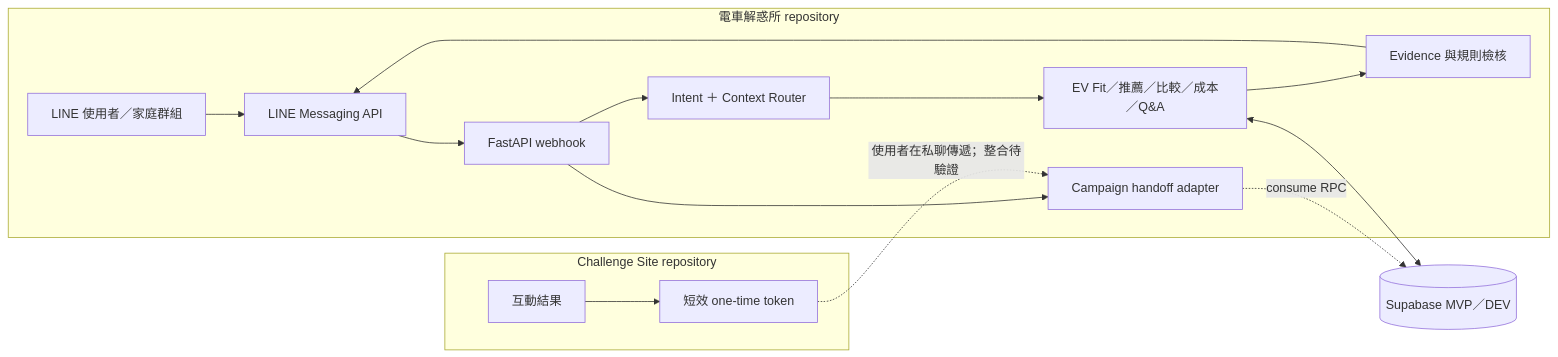
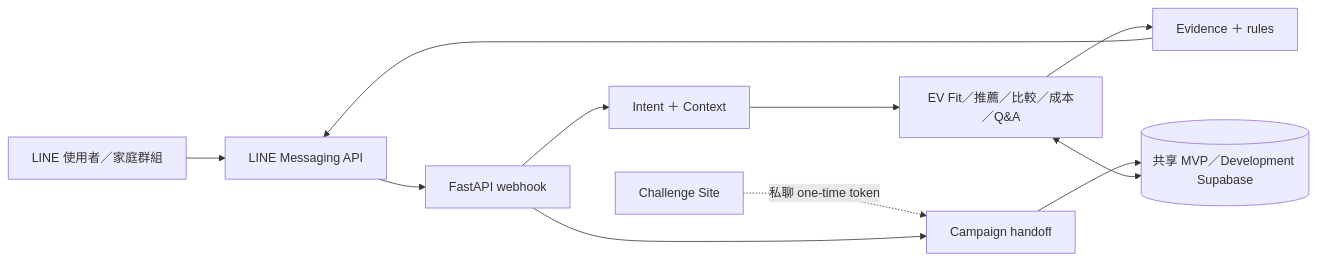
Before and after one commit to WhiteChocolate0/toyota-ev-linebot: the second of 2 diagrams in README.md, drawn with Mermaid. The commit also changed other lines of this file, not shown here.

````diff
--- a/README.md
+++ b/README.md
@@ -97,20 +100,13 @@
 ```mermaid
 flowchart LR
-    subgraph challenge[Challenge Site repository]
-        C[互動結果] --> T[短效 one-time token]
-    end
-
-    subgraph bot[電車解惑所 repository]
-        U[LINE 使用者／家庭群組] --> L[LINE Messaging API]
-        L --> W[FastAPI webhook]
-        W --> R[Intent ＋ Context Router]
-        R --> S[EV Fit／推薦／比較／成本／Q&A]
-        S --> E[Evidence 與規則檢核]
-        E --> L
-        W --> P[Campaign handoff adapter]
-    end
-
-    T -. 使用者在私聊傳遞；整合待驗證 .-> P
-    P -. consume RPC .-> DB[(Supabase MVP／DEV)]
+    C[Challenge Site] -. 私聊 one-time token .-> H[Campaign handoff]
+    U[LINE 使用者／家庭群組] --> L[LINE Messaging API]
+    L --> W[FastAPI webhook]
+    W --> R[Intent ＋ Context]
+    R --> S[EV Fit／推薦／比較／成本／Q&A]
+    S --> E[Evidence ＋ rules]
+    E --> L
+    W --> H
+    H --> DB[(共享 MVP／Development Supabase)]
     S <--> DB
 ```
````
